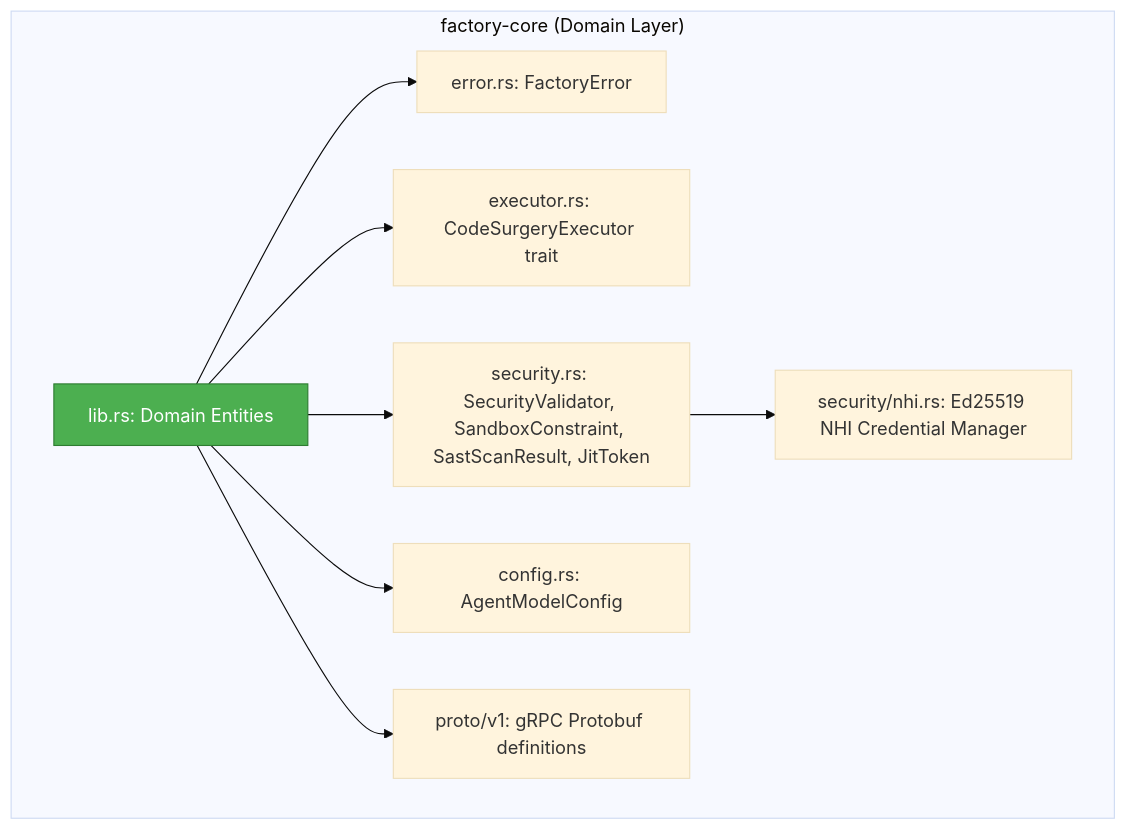
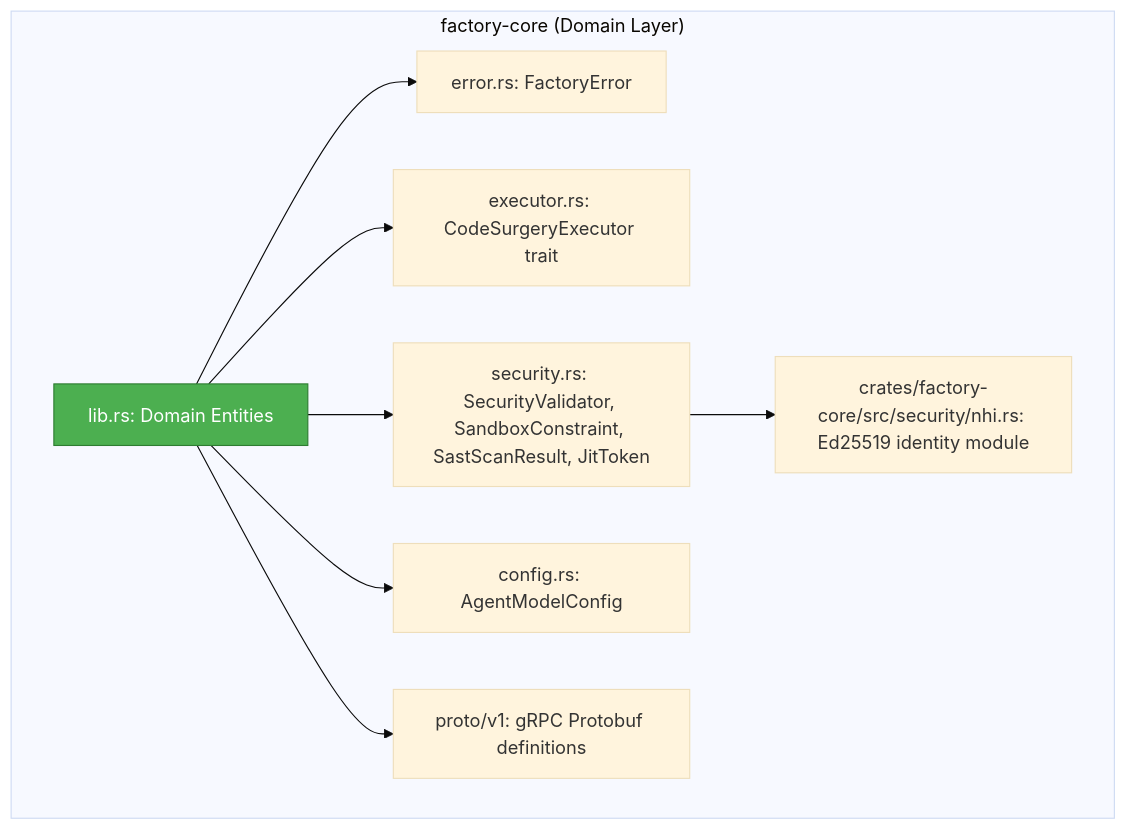
The first of 5 diagrams in wiki/architecture/tactical_design.md (lgcorzo/rust_CACD_autonomous_factory), drawn with Mermaid (base theme) before and after one commit. The commit also changed other lines of this file and 77 other files, not shown here.

````diff
--- a/wiki/architecture/tactical_design.md
+++ b/wiki/architecture/tactical_design.md
@@ -25,21 +25,21 @@
 ```mermaid
 graph TB
     subgraph "factory-core (Domain Layer)"
         LIB["lib.rs: Domain Entities"]
         ERR["error.rs: FactoryError"]
         EXEC["executor.rs: CodeSurgeryExecutor trait"]
         SEC["security.rs: SecurityValidator, SandboxConstraint, SastScanResult, JitToken"]
-        NHI["security/nhi.rs: Ed25519 NHI Credential Manager"]
+        NHI["crates/factory-core/src/security/nhi.rs: Ed25519 identity module"]
         CFG["config.rs: AgentModelConfig"]
         PROTO["proto/v1: gRPC Protobuf definitions"]
     end
 
     LIB --> ERR
     LIB --> EXEC
     LIB --> SEC
     SEC --> NHI
     LIB --> CFG
     LIB --> PROTO
 
     style LIB fill:#4CAF50,stroke:#2E7D32,color:#fff
 ```
````
